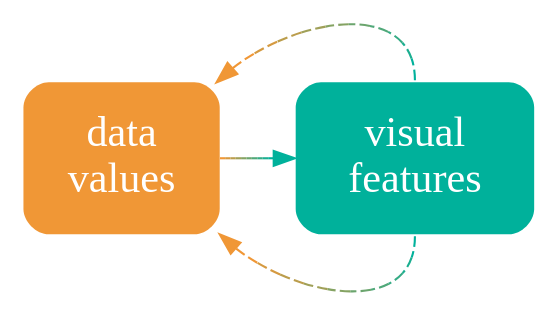
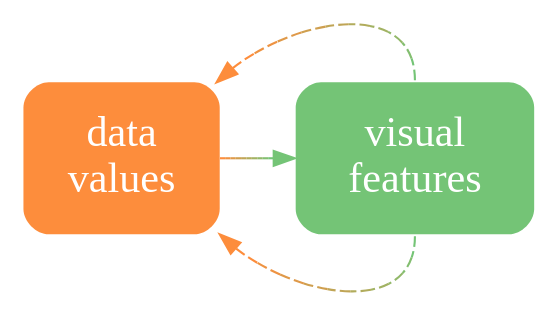
Before and after one commit to pmur002/hdvw: the diagram in Diagrams/data-vis-redundant.dot, drawn with Graphviz. The commit also changed 676 other files, not shown here.

```diff
--- a/Diagrams/data-vis-redundant.dot
+++ b/Diagrams/data-vis-redundant.dot
@@ -1,10 +1,10 @@
 digraph {
   graph [ rankdir=LR; margin=.2; nodesep=.5 ];
   node [ fontsize=20; fontname="sans bold"; margin=.2 ];
-  data [ label="data\nvalues"; shape=box; style="filled, rounded"; penwidth=0; fontcolor=white; fillcolor="#F09736" ]
+  data [ label="data\nvalues"; shape=box; style="filled, rounded"; penwidth=0; fontcolor=white; fillcolor="#FD8D3C" ]
   vis [ label="visual\nfeatures"; shape=box;
-     style="filled, rounded"; penwidth=0; fontcolor=white; fillcolor="#00B19B" ]
-  data -> vis [ color="#F09736;0.1:#D59A41;0.1:#BB9D4C;0.1:#A0A058;0.1:#85A363;0.1:#6BA56E;0.1:#50A879;0.1:#35AB85;0.1:#1BAE90;0.1:#00B19B;0.1" ]
-  vis:s -> data:se [ style="dashed", color="#00B19B;0.1:#1BAE90;0.1:#35AB85;0.1:#50A879;0.1:#6BA56E;0.1:#85A363;0.1:#A0A058;0.1:#BB9D4C;0.1:#D59A41;0.1:#F09736;0.1" ]
-  vis:n -> data:ne [ style="dashed", color="#00B19B;0.1:#1BAE90;0.1:#35AB85;0.1:#50A879;0.1:#6BA56E;0.1:#85A363;0.1:#A0A058;0.1:#BB9D4C;0.1:#D59A41;0.1:#F09736;0.1" ]
+     style="filled, rounded"; penwidth=0; fontcolor=white; fillcolor="#74C476" ]
+  data -> vis [ color="#FD8D3C;0.1:#EE9342;0.1:#DF9949;0.1:#CF9F4F;0.1:#C0A556;0.1:#B1AC5C;0.1:#A2B263;0.1:#92B869;0.1:#83BE70;0.1:#74C476;0.1" ]
+  vis:s -> data:se [ style="dashed", color="#74C476;0.1:#83BE70;0.1:#92B869;0.1:#A2B263;0.1:#B1AC5C;0.1:#C0A556;0.1:#CF9F4F;0.1:#DF9949;0.1:#EE9342;0.1:#FD8D3C;0.1" ]
+  vis:n -> data:ne [ style="dashed", color="#74C476;0.1:#83BE70;0.1:#92B869;0.1:#A2B263;0.1:#B1AC5C;0.1:#C0A556;0.1:#CF9F4F;0.1:#DF9949;0.1:#EE9342;0.1:#FD8D3C;0.1" ]
 }
```
